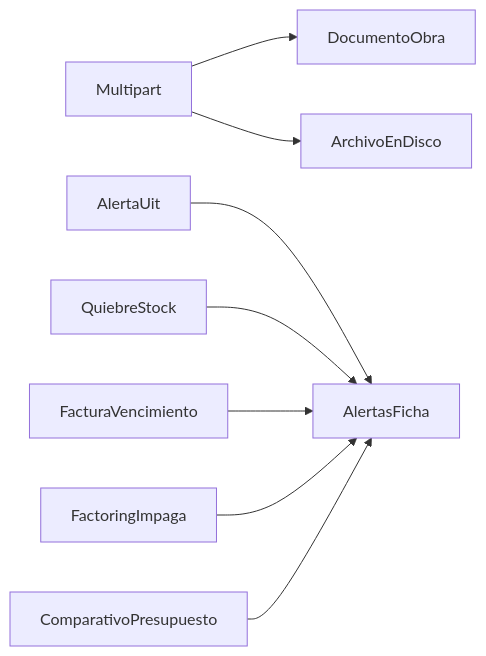
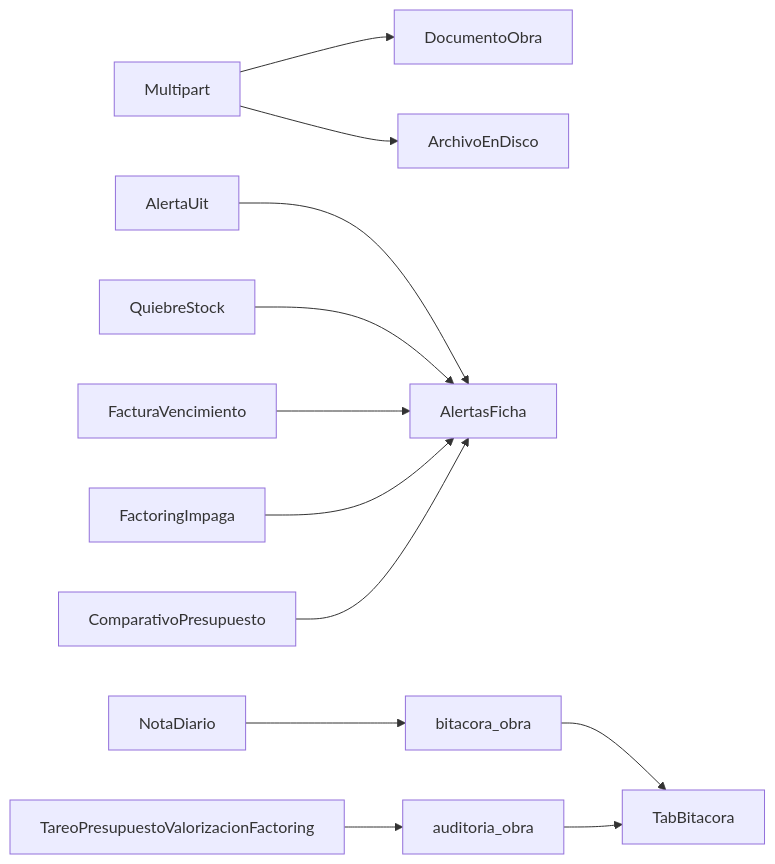
The seventh of 7 diagrams in docs/proyectos/seguimiento-proyectos.md (foreverLilRed/Convecsa-ERP), drawn with Mermaid before and after one commit. The commit also changed other lines of this file and 29 other files, not shown here.

````diff
--- a/docs/proyectos/seguimiento-proyectos.md
+++ b/docs/proyectos/seguimiento-proyectos.md
@@ -520,10 +523,14 @@
 ```mermaid
 flowchart LR
   Subida[Multipart] --> Meta[DocumentoObra]
   Subida --> Disco[ArchivoEnDisco]
   Uit[AlertaUit] --> Panel[AlertasFicha]
   Stock[QuiebreStock] --> Panel
   Vence[FacturaVencimiento] --> Panel
   Impaga[FactoringImpaga] --> Panel
   Desvio[ComparativoPresupuesto] --> Panel
+  Nota[NotaDiario] --> Bitacora[bitacora_obra]
+  Mutacion[TareoPresupuestoValorizacionFactoring] --> Auditoria[auditoria_obra]
+  Bitacora --> Tab[TabBitacora]
+  Auditoria --> Tab
 ```
````
